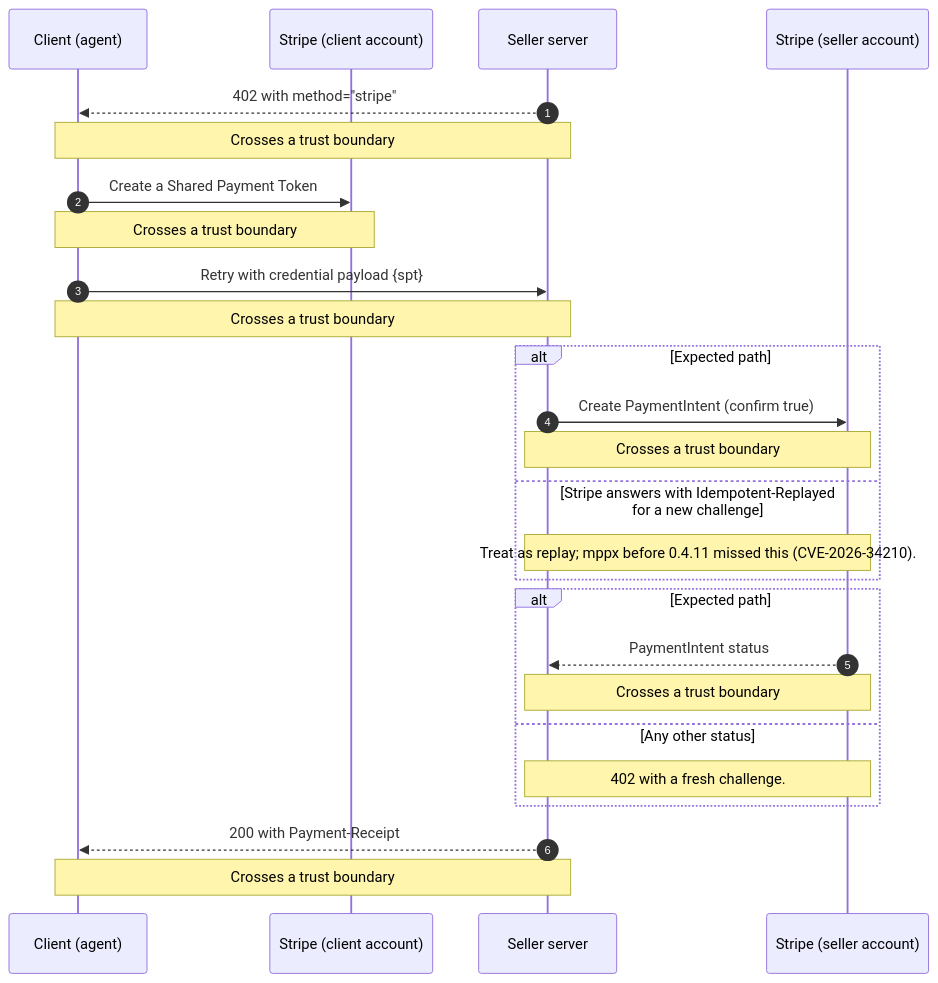
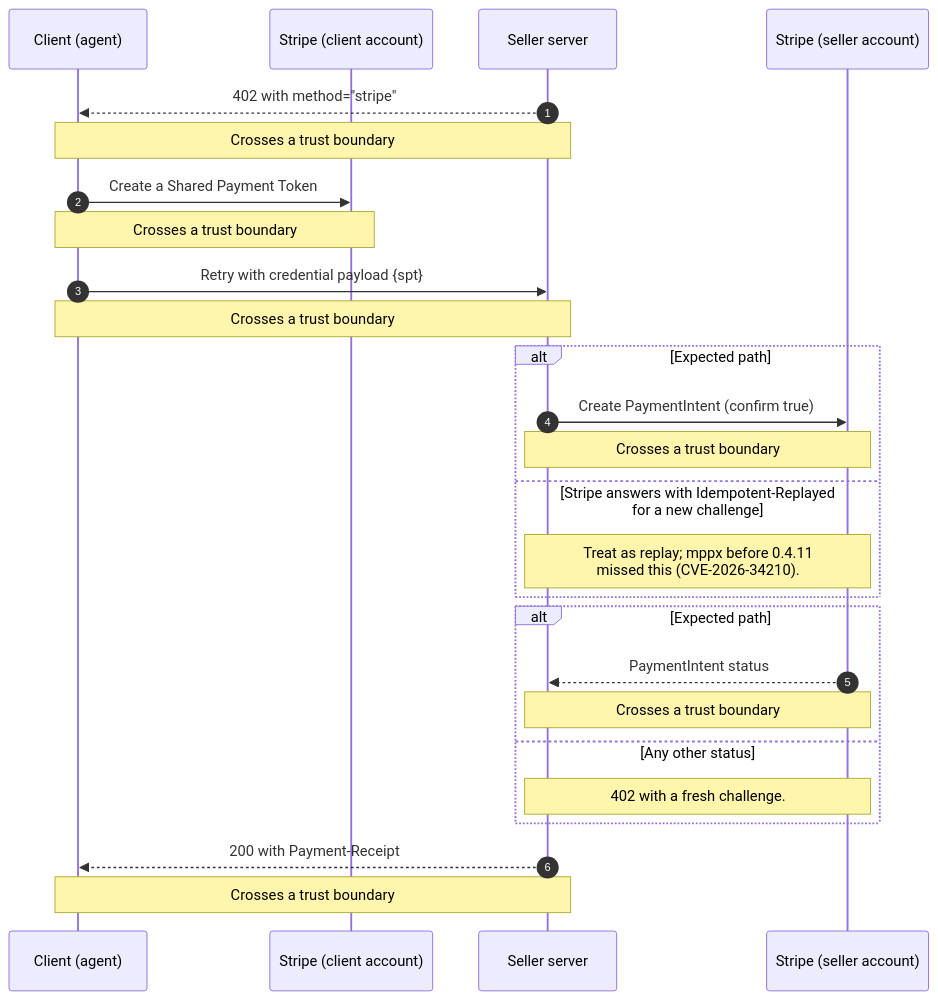
Before and after one commit to mercesAI/agentic-rails-atlas: the diagram in src/generated/mermaid/stripe-mpp-stripe-spt-charge.mmd, drawn with Mermaid. The commit also changed 353 other files, not shown here.

Commit message:
feat(diagrams): wide and readable renders: dagre layout, 16 px text, 300 px label wrap, pre-wrapped sequence messages, no entity codes in state transitions, label halo; shared id-suffix module; --dir guard and font versions in the render cache key

```diff
--- a/src/generated/mermaid/stripe-mpp-stripe-spt-charge.mmd
+++ b/src/generated/mermaid/stripe-mpp-stripe-spt-charge.mmd
@@ -1,28 +1,28 @@
 sequenceDiagram
   accTitle: MPP charge with the stripe method (Shared Payment Token)
   accDescr: Sequence diagram: MPP charge with the stripe method (Shared Payment Token). 4 participants: Client (agent), Stripe (client account), Seller server, and Stripe (seller account). 6 steps, 6 crossing a trust boundary, 2 failure branches. Based on stripe-mpp draft-stripe-charge-00 (2026-09-09). Step 1: Seller server to Client (agent): 402 with method= stripe. This step crosses a trust boundary. Step 2: Client (agent) to Stripe (client account): Create a Shared Payment Token. This step crosses a trust boundary. Step 3: Client (agent) to Seller server: Retry with credential payload spt. This step crosses a trust boundary. Step 4: Seller server to Stripe (seller account): Create PaymentIntent (confirm true). This step crosses a trust boundary. If Stripe answers with Idempotent-Replayed for a new challenge: Treat as replay mppx before 0.4.11 missed this (CVE-2026-34210). Step 5: Stripe (seller account) to Seller server: PaymentIntent status. This step crosses a trust boundary. If Any other status: 402 with a fresh challenge. Step 6: Seller server to Client (agent): 200 with Payment-Receipt. This step crosses a trust boundary.
   autonumber
   participant p_client as Client (agent)
   participant p_stripe as Stripe (client account)
   participant p_server as Seller server
   participant p_stripeS as Stripe (seller account)
   p_server-->>p_client: 402 with method=#quot;stripe#quot;
   Note over p_server,p_client: Crosses a trust boundary
   p_client->>p_stripe: Create a Shared Payment Token
   Note over p_client,p_stripe: Crosses a trust boundary
   p_client->>p_server: Retry with credential payload #123;spt#125;
   Note over p_client,p_server: Crosses a trust boundary
   alt Expected path
     p_server->>p_stripeS: Create PaymentIntent (confirm true)
     Note over p_server,p_stripeS: Crosses a trust boundary
   else Stripe answers with Idempotent-Replayed for a new challenge
-    Note over p_server,p_stripeS: Treat as replay#59; mppx before 0.4.11 missed this (CVE-2026-34210).
+    Note over p_server,p_stripeS: Treat as replay#59; mppx before 0.4.11<br/>missed this (CVE-2026-34210).
   end
   alt Expected path
     p_stripeS-->>p_server: PaymentIntent status
     Note over p_stripeS,p_server: Crosses a trust boundary
   else Any other status
     Note over p_stripeS,p_server: 402 with a fresh challenge.
   end
   p_server-->>p_client: 200 with Payment-Receipt
   Note over p_server,p_client: Crosses a trust boundary
```
